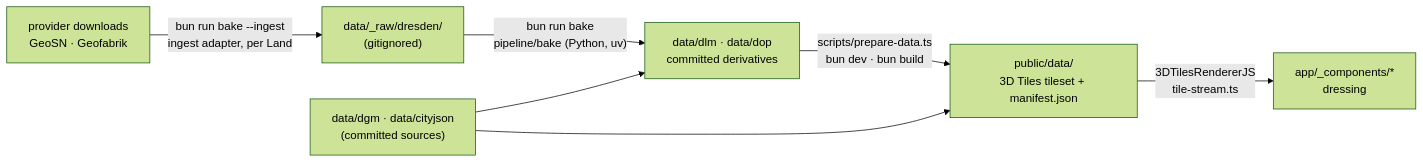
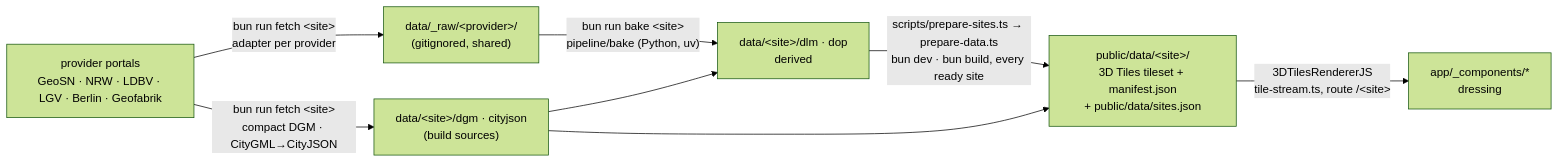
One commit to mdugue/bridge changed the diagram in docs/data-pipeline.md. Above: the diagram before and after it, drawn with Mermaid (forest theme). The commit also changed other lines of this file and 1448 other files, not shown here.

First line of the commit message:
feat: many sites in one deployment — a route per city, a start page, providers, fetch → bake → build (plan 037)

````diff
--- a/docs/data-pipeline.md
+++ b/docs/data-pipeline.md
@@ -9,9 +9,10 @@
 ```mermaid
 flowchart LR
-  PROV["provider downloads<br/>GeoSN · Geofabrik"] -->|"bun run bake --ingest<br/>ingest adapter, per Land"| RAW["data/_raw/dresden/<br/>(gitignored)"]
-  RAW -->|"bun run bake<br/>pipeline/bake (Python, uv)"| DER["data/dlm · data/dop<br/>committed derivatives"]
-  COM["data/dgm · data/cityjson<br/>(committed sources)"] --> DER
+  PROV["provider portals<br/>GeoSN · NRW · LDBV · LGV · Berlin · Geofabrik"] -->|"bun run fetch &lt;site&gt;<br/>adapter per provider"| RAW["data/_raw/&lt;provider&gt;/<br/>(gitignored, shared)"]
+  PROV -->|"bun run fetch &lt;site&gt;<br/>compact DGM · CityGML→CityJSON"| COM["data/&lt;site&gt;/dgm · cityjson<br/>(build sources)"]
+  RAW -->|"bun run bake &lt;site&gt;<br/>pipeline/bake (Python, uv)"| DER["data/&lt;site&gt;/dlm · dop<br/>derived"]
+  COM --> DER
   COM --> PUB
-  DER -->|"scripts/prepare-data.ts<br/>bun dev · bun build"| PUB["public/data/<br/>3D Tiles tileset + manifest.json"]
-  PUB -->|"3DTilesRendererJS<br/>tile-stream.ts"| APP["app/_components/*<br/>dressing"]
+  DER -->|"scripts/prepare-sites.ts → prepare-data.ts<br/>bun dev · bun build, every ready site"| PUB["public/data/&lt;site&gt;/<br/>3D Tiles tileset + manifest.json<br/>+ public/data/sites.json"]
+  PUB -->|"3DTilesRendererJS<br/>tile-stream.ts, route /&lt;site&gt;"| APP["app/_components/*<br/>dressing"]
 ```
````
